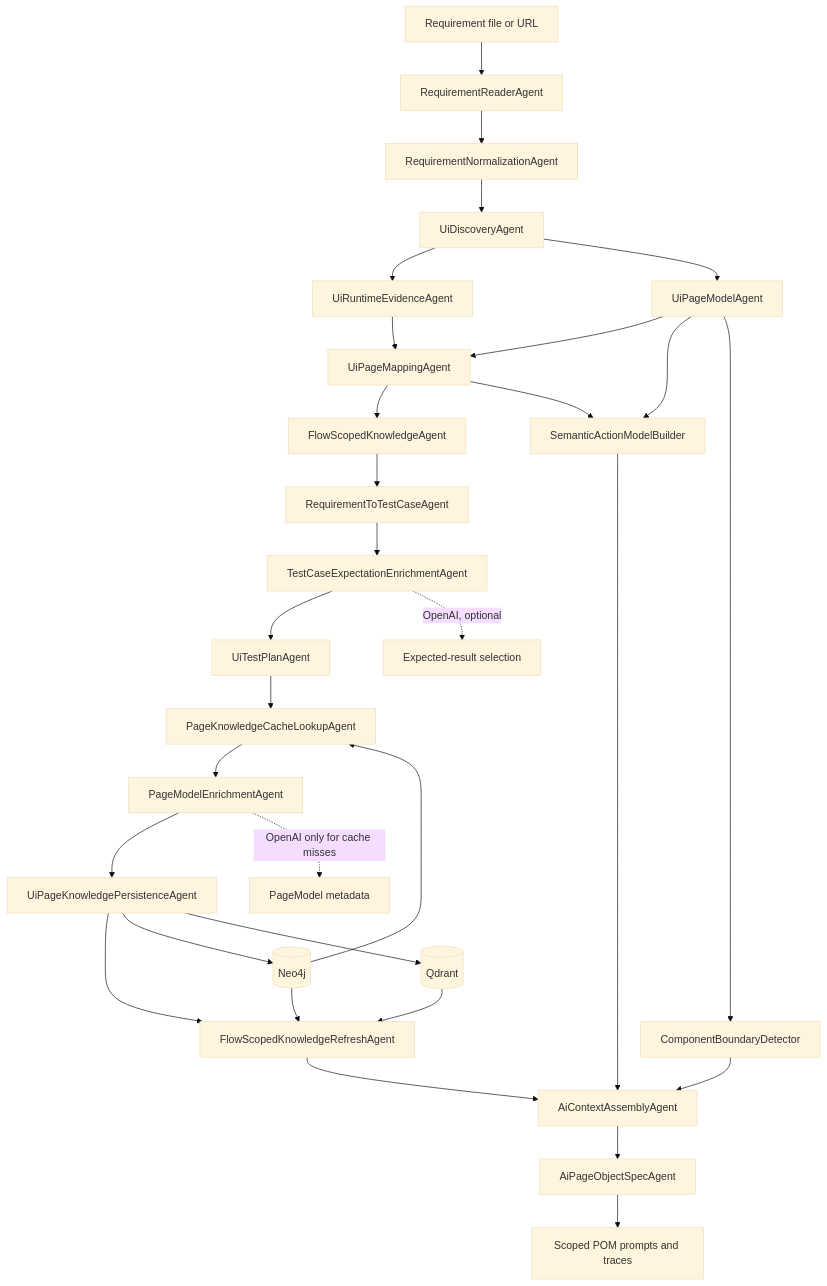
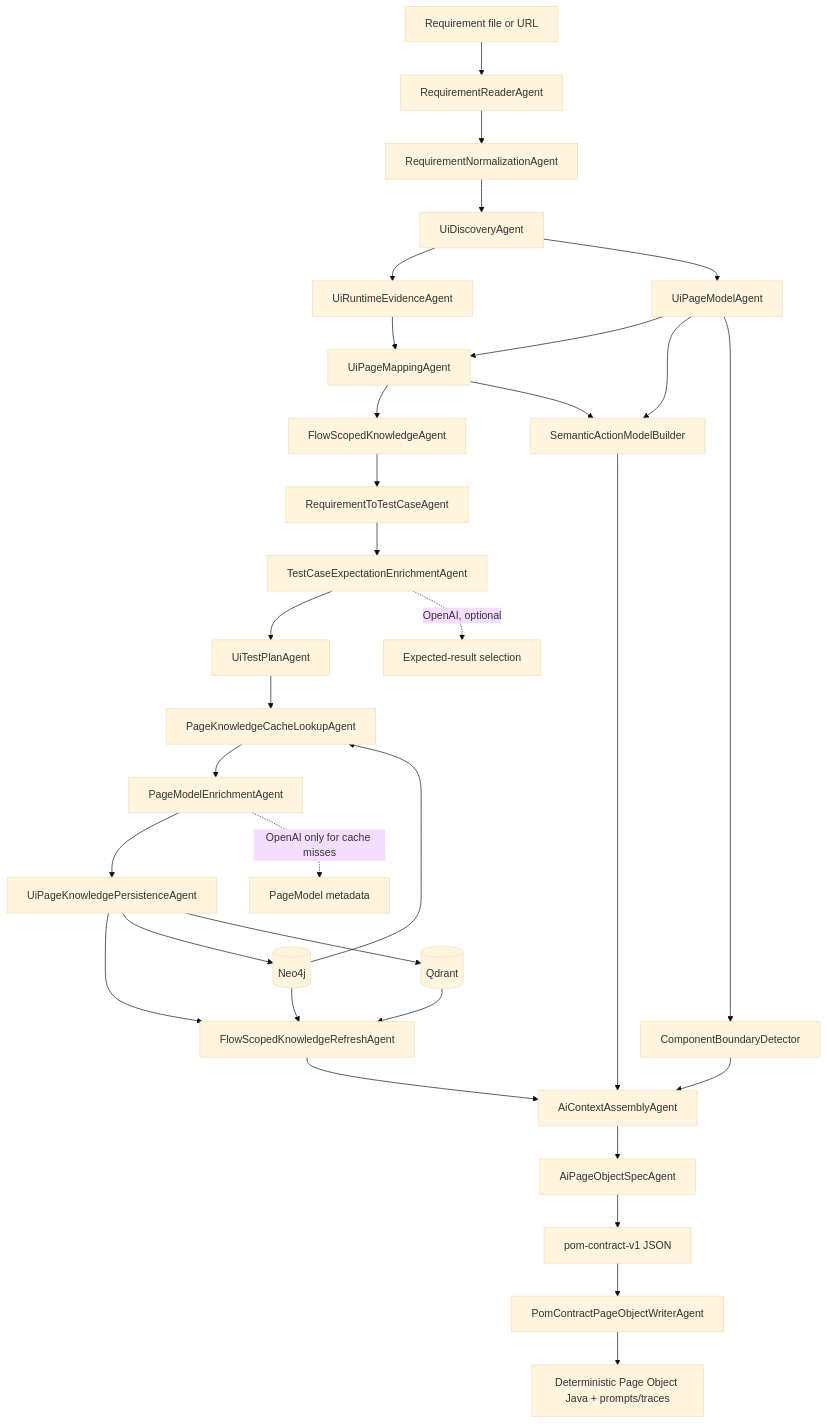
One commit to PKrasytskyi/AQAI changed the first of 5 diagrams in docs/CURRENT_AI_UI_ARCHITECTURE.md. Above: the diagram before and after it, drawn with Mermaid (base theme). The commit also changed other lines of this file and 138 other files, not shown here.

````diff
--- a/docs/CURRENT_AI_UI_ARCHITECTURE.md
+++ b/docs/CURRENT_AI_UI_ARCHITECTURE.md
@@ -18,34 +20,36 @@
 ```mermaid
 flowchart TD
     A[Requirement file or URL] --> B[RequirementReaderAgent]
     B --> C[RequirementNormalizationAgent]
     C --> D[UiDiscoveryAgent]
     D --> RE[UiRuntimeEvidenceAgent]
     D --> E[UiPageModelAgent]
     RE --> F[UiPageMappingAgent]
     E --> F
     F --> G[FlowScopedKnowledgeAgent]
     G --> H[RequirementToTestCaseAgent]
     H --> I[TestCaseExpectationEnrichmentAgent]
     I --> J[UiTestPlanAgent]
     J --> K[PageKnowledgeCacheLookupAgent]
     K --> L[PageModelEnrichmentAgent]
     L --> M[UiPageKnowledgePersistenceAgent]
     M --> N[FlowScopedKnowledgeRefreshAgent]
     N --> O[AiContextAssemblyAgent]
     E --> SE[SemanticActionModelBuilder]
     E --> CM[ComponentBoundaryDetector]
     F --> SE
     CM --> O
     SE --> O
     O --> P[AiPageObjectSpecAgent]
-    P --> S[Scoped POM prompts and traces]
+    P --> PC[pom-contract-v1 JSON]
+    PC --> PW[PomContractPageObjectWriterAgent]
+    PW --> S[Deterministic Page Object Java + prompts/traces]
 
     I -. OpenAI, optional .-> AI1[Expected-result selection]
     L -. OpenAI only for cache misses .-> AI2[PageModel metadata]
     M --> Q[(Neo4j)]
     M --> R[(Qdrant)]
     Q --> K
     Q --> N
     R --> N
 ```
````
